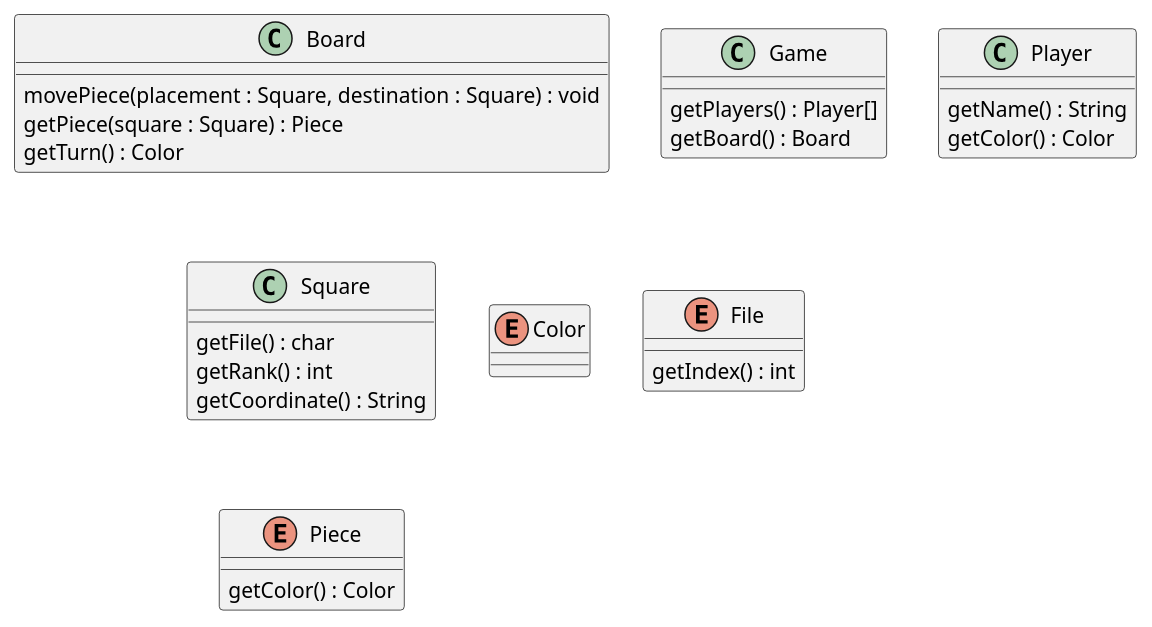
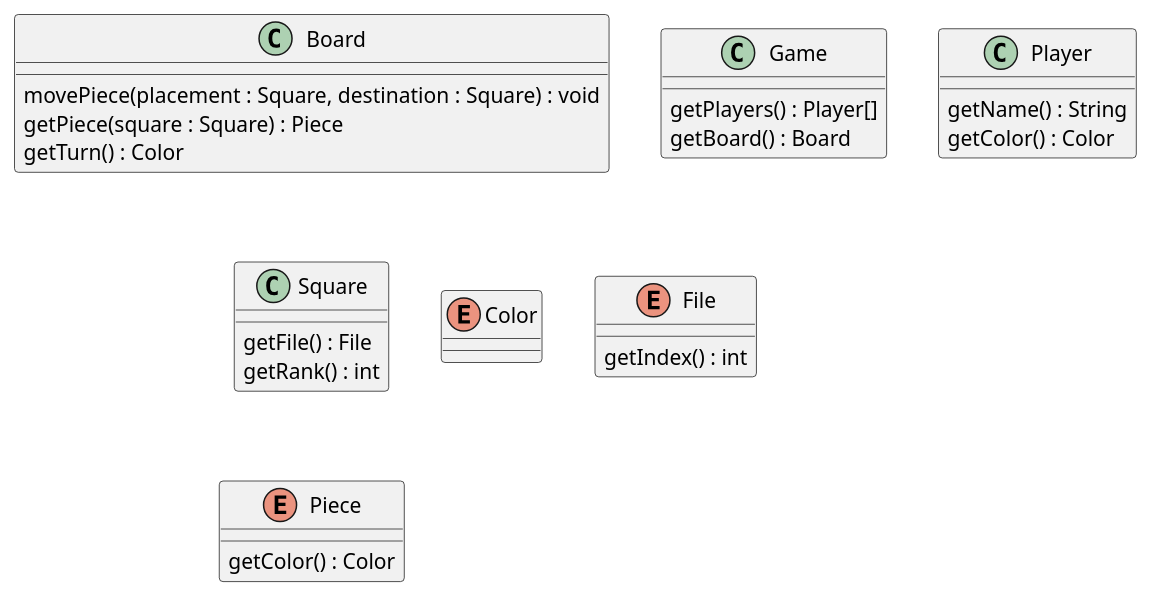
The diagram in uml/analysisModel.puml (Sttanyanz/endgame-notebook), drawn with PlantUML before and after one commit. The commit also changed 2 other files, not shown here.

```diff
--- a/uml/analysisModel.puml
+++ b/uml/analysisModel.puml
@@ -1,41 +1,40 @@
 @startuml
 
 class Board
 class Game
 class Player
 class Square
 enum Color
 enum File
 enum Piece
 
 class Square {
-    getFile() : char
+    getFile() : File
     getRank() : int
-    getCoordinate() : String
 }
 
 class Board {
     movePiece(placement : Square, destination : Square) : void
     getPiece(square : Square) : Piece
     getTurn() : Color
 }
 
 class Player {
     getName() : String
     getColor() : Color
 }
 
 enum Piece {
     getColor() : Color
 }
 
 class Game {
     getPlayers() : Player[]
     getBoard() : Board
 }
 
 enum File {
     getIndex() : int
 }
 
 @enduml
```
